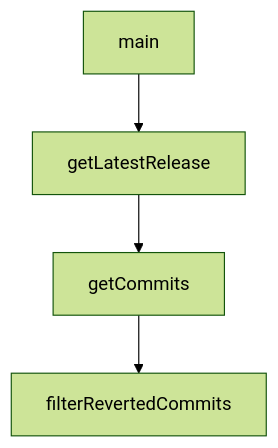
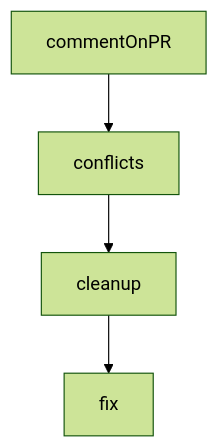
The diagram in tutorials/kilocode-tutorial/01-getting-started.md (johnxie/awesome-code-docs), drawn with Mermaid (forest theme) before and after one commit. The commit also changed other lines of this file and 1232 other files, not shown here.

````diff
--- a/tutorials/kilocode-tutorial/01-getting-started.md
+++ b/tutorials/kilocode-tutorial/01-getting-started.md
@@ -208,10 +206,10 @@
 ```mermaid
 flowchart TD
-    A[main]
-    B[getLatestRelease]
-    C[getCommits]
-    D[filterRevertedCommits]
+    A[commentOnPR]
+    B[conflicts]
+    C[cleanup]
+    D[fix]
     A --> B
     B --> C
     C --> D
 ```
````
